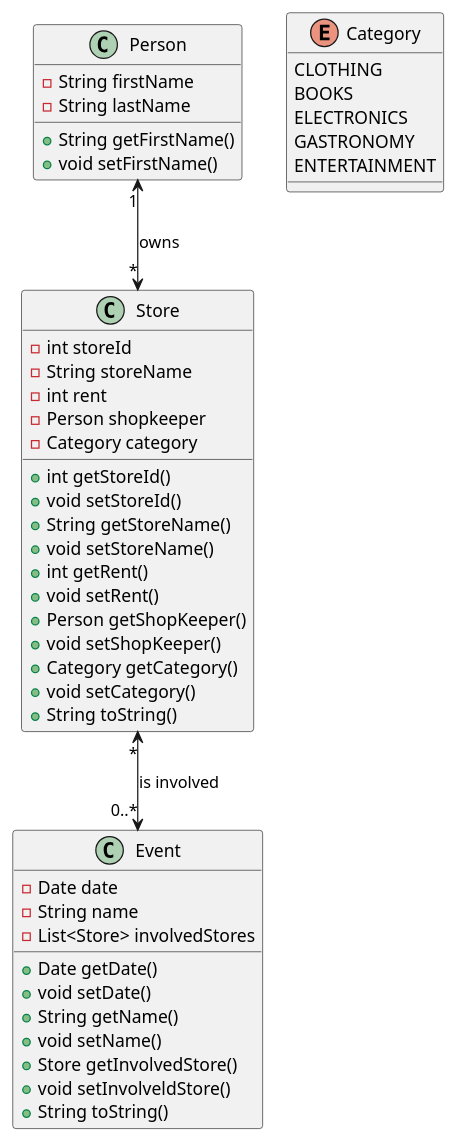
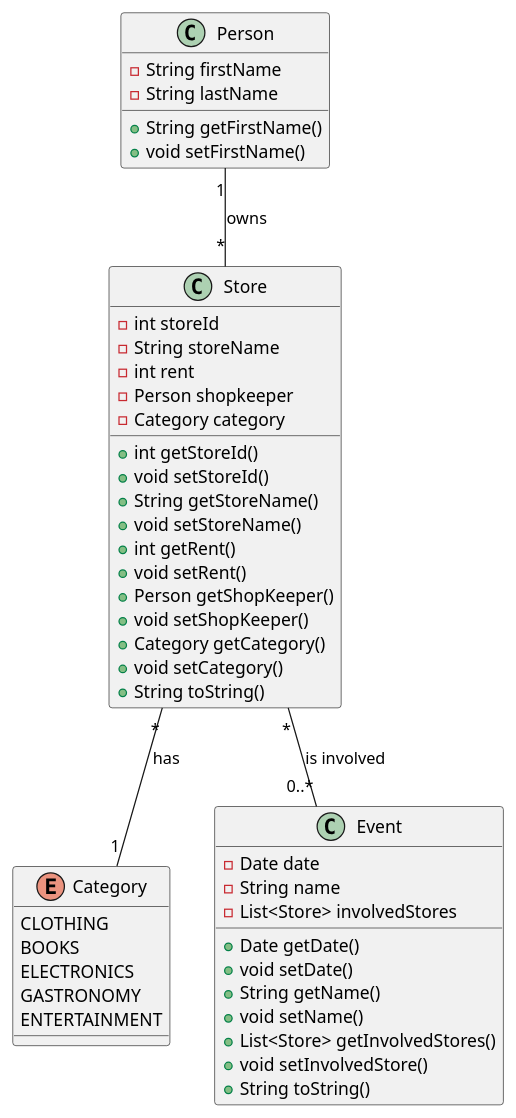
Before and after one commit to 2122-5ahitm-sew/01-microproject-Dumfarth-Felix: the diagram in asciidocs/plantuml/cld.puml, drawn with PlantUML.

Commit message:
updated cld

```diff
--- a/asciidocs/plantuml/cld.puml
+++ b/asciidocs/plantuml/cld.puml
@@ -1,52 +1,55 @@
 @startuml
 
 class Person {
 -String firstName
 -String lastName
 +String getFirstName()
 +void setFirstName()
 }
-Person "1"<-->"*" Store :owns
-Store "*"<-->"0..*" Event :is involved
+
+Store "*"--"1" Category :has
+Person "1"--"*" Store :owns
+Store "*"--"0..*" Event :is involved
+
 class Store{
 -int storeId
 +int getStoreId()
 +void setStoreId()
 -String storeName
 +String getStoreName()
 +void setStoreName()
 -int rent
 +int getRent()
 +void setRent()
 -Person shopkeeper
 +Person getShopKeeper()
 +void setShopKeeper()
 -Category category
 +Category getCategory()
 +void setCategory()
 + String toString()
 }
 
 class Event{
 -Date date
 +Date getDate()
 +void setDate()
 -String name
 +String getName()
 +void setName()
 -List<Store> involvedStores
-+Store getInvolvedStore()
-+void setInvolveldStore()
++List<Store> getInvolvedStores()
++void setInvolvedStore()
 + String toString()
 
 }
 
 enum Category {
     CLOTHING
     BOOKS
     ELECTRONICS
     GASTRONOMY
     ENTERTAINMENT
 }
 
 @enduml
```
